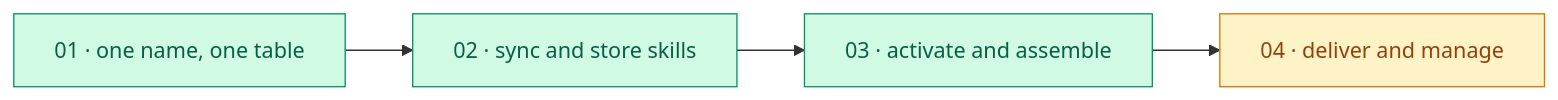
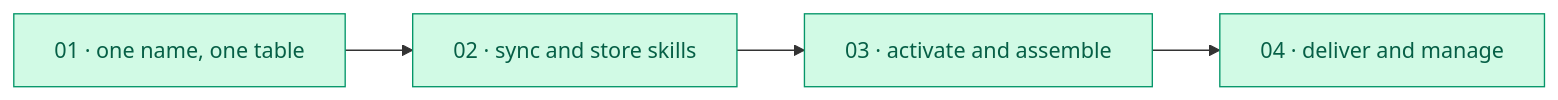
One commit to aorwall/moatless changed the diagram in specs/plugins-terminology-and-scope.md. Above: the diagram before and after it, drawn with Mermaid. The commit also changed other lines of this file and 43 other files, not shown here.

````diff
--- a/specs/plugins-terminology-and-scope.md
+++ b/specs/plugins-terminology-and-scope.md
@@ -38,10 +38,10 @@
 ```mermaid
 flowchart LR
   T1["01 · one name, one table"]:::done --> T2["02 · sync and store skills"]:::done
   T2 --> T3["03 · activate and assemble"]:::done
-  T3 --> T4["04 · deliver and manage"]:::wip
+  T3 --> T4["04 · deliver and manage"]:::done
   classDef done fill:#d1fae5,stroke:#059669,color:#065f46
   classDef wip fill:#fef3c7,stroke:#d97706,color:#92400e
   classDef todo fill:#ffffff,stroke:#94a3b8,color:#475569
   classDef blocked fill:#f1f5f9,stroke:#cbd5e1,color:#94a3b8
 ```
````
